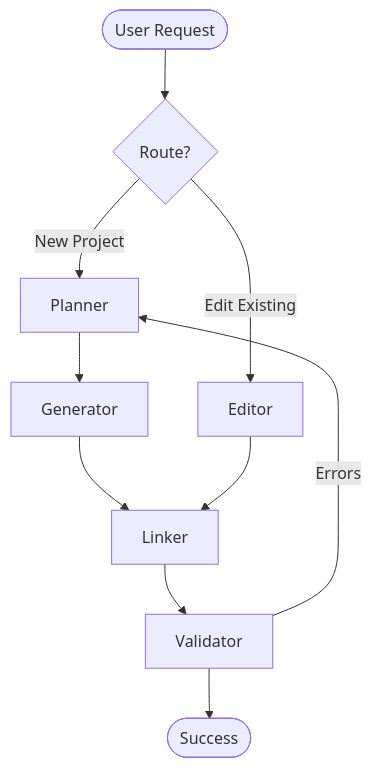
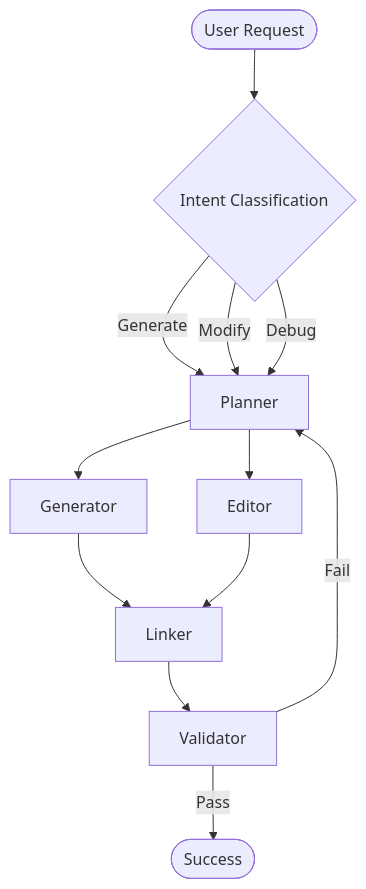
The diagram in vibe-langgraph/docs/HOW_IT_WORKS.md (msaxena1212/vibecoding), drawn with Mermaid before and after one commit. The commit also changed other lines of this file and 70 other files, not shown here.

````diff
--- a/vibe-langgraph/docs/HOW_IT_WORKS.md
+++ b/vibe-langgraph/docs/HOW_IT_WORKS.md
@@ -39,15 +304,19 @@
 ```mermaid
 graph TD
-    Start([User Request]) --> Router{Route?}
-    Router -- New Project --> Planner
-    Router -- Edit Existing --> Editor
-    
+    Start([User Request]) --> Router{Intent Classification}
+
+    Router -- Generate --> Planner
+    Router -- Modify --> Planner
+    Router -- Debug --> Planner
+
     Planner --> Generator
+    Planner --> Editor
+
     Generator --> Linker
+    Editor --> Linker
+
     Linker --> Validator
-    
-    Editor --> Linker
-    
-    Validator --> End([Success])
-    Validator -- Errors --> Planner
+
+    Validator -- Pass --> End([Success])
+    Validator -- Fail --> Planner
 ```
````
